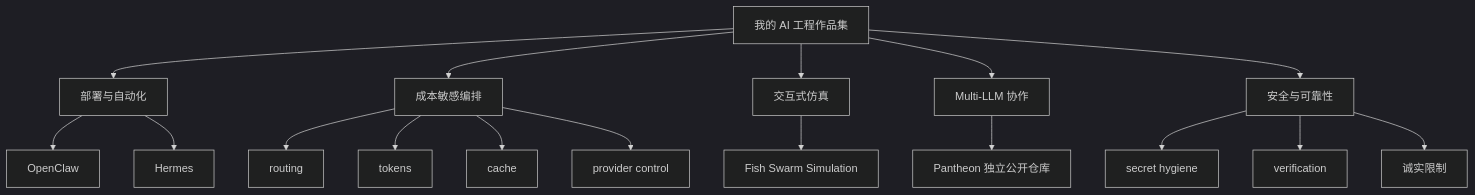
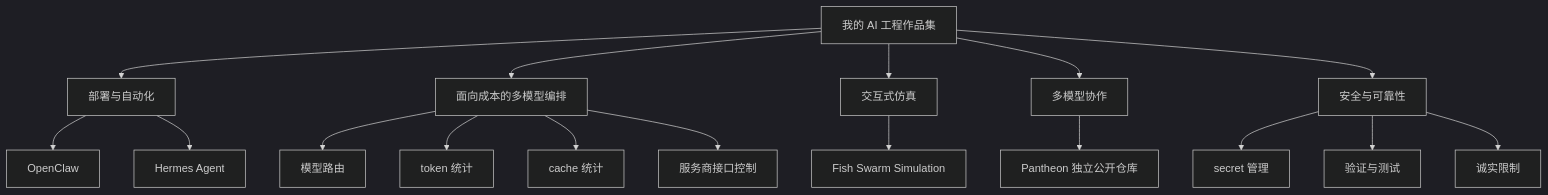
One commit to yusongcao2004/personal-llm-agent-stack-zh changed the diagram in README.md. Above: the diagram before and after it, drawn with Mermaid (dark theme). The commit also changed other lines of this file and 13 other files, not shown here.

````diff
--- a/README.md
+++ b/README.md
@@ -77,20 +77,20 @@
 ```mermaid
 flowchart TD
     A["我的 AI 工程作品集"]
     A --> B["部署与自动化"]
     B --> B1["OpenClaw"]
-    B --> B2["Hermes"]
-    A --> C["成本敏感编排"]
-    C --> C1["routing"]
-    C --> C2["tokens"]
-    C --> C3["cache"]
-    C --> C4["provider control"]
+    B --> B2["Hermes Agent"]
+    A --> C["面向成本的多模型编排"]
+    C --> C1["模型路由"]
+    C --> C2["token 统计"]
+    C --> C3["cache 统计"]
+    C --> C4["服务商接口控制"]
     A --> D["交互式仿真"]
     D --> D1["Fish Swarm Simulation"]
-    A --> E["Multi-LLM 协作"]
+    A --> E["多模型协作"]
     E --> E1["Pantheon 独立公开仓库"]
     A --> F["安全与可靠性"]
-    F --> F1["secret hygiene"]
-    F --> F2["verification"]
+    F --> F1["secret 管理"]
+    F --> F2["验证与测试"]
     F --> F3["诚实限制"]
 ```
````
